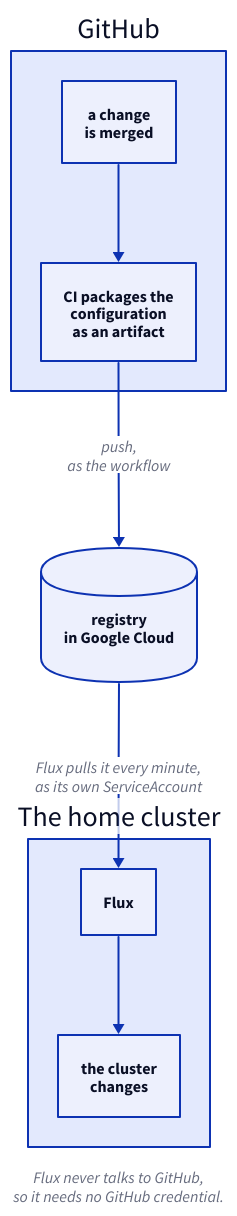
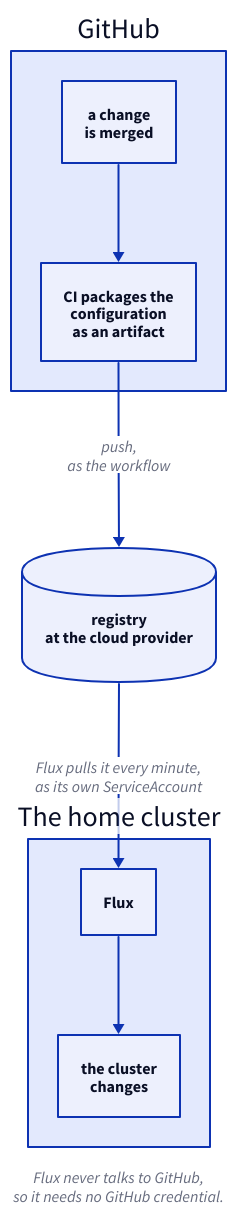
The diagram in src/diagrams/secret-free-flux-oci.d2 (dlouwers/dlouwers.github.io), drawn with D2 before and after one commit. The commit also changed 6 other files, not shown here.

```diff
--- a/src/diagrams/secret-free-flux-oci.d2
+++ b/src/diagrams/secret-free-flux-oci.d2
@@ -1,26 +1,26 @@
 direction: down
 
 gh: "GitHub" {
   merge: "a change\nis merged"
   ci: "CI packages the\nconfiguration\nas an artifact"
   merge -> ci
 }
 
-reg: "registry\nin Google Cloud" {
+reg: "registry\nat the cloud provider" {
   shape: cylinder
 }
 
 home: "The home cluster" {
   flux: "Flux"
   apply: "the cluster\nchanges"
   flux -> apply
 }
 
 gh.ci -> reg: "push,\nas the workflow"
 reg -> home.flux: "Flux pulls it every minute,\nas its own ServiceAccount"
 
 note: "Flux never talks to GitHub,\nso it needs no GitHub credential." {
   shape: text
   near: bottom-center
   style.italic: true
 }
```
